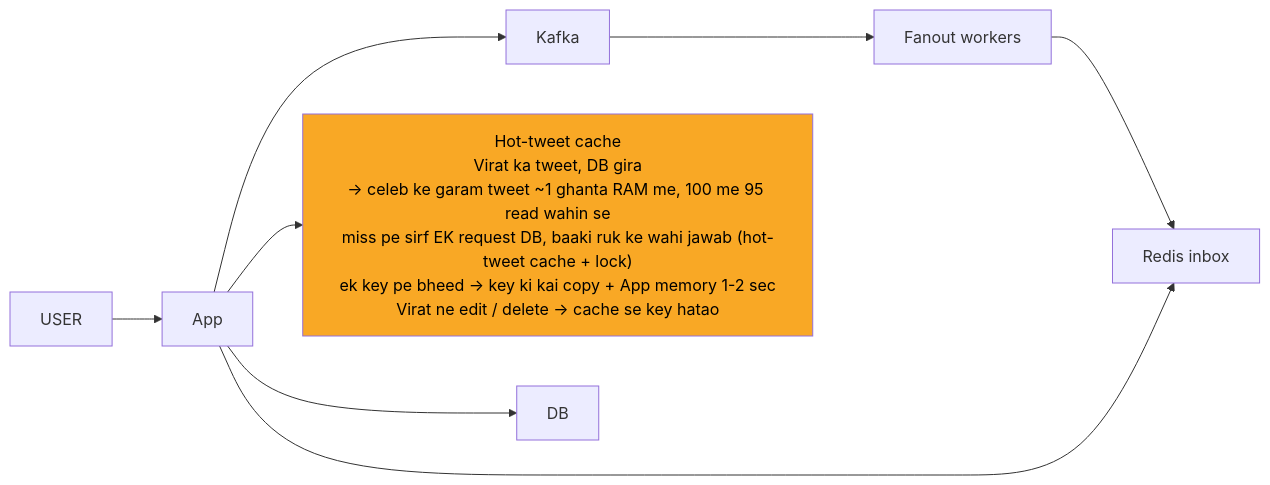
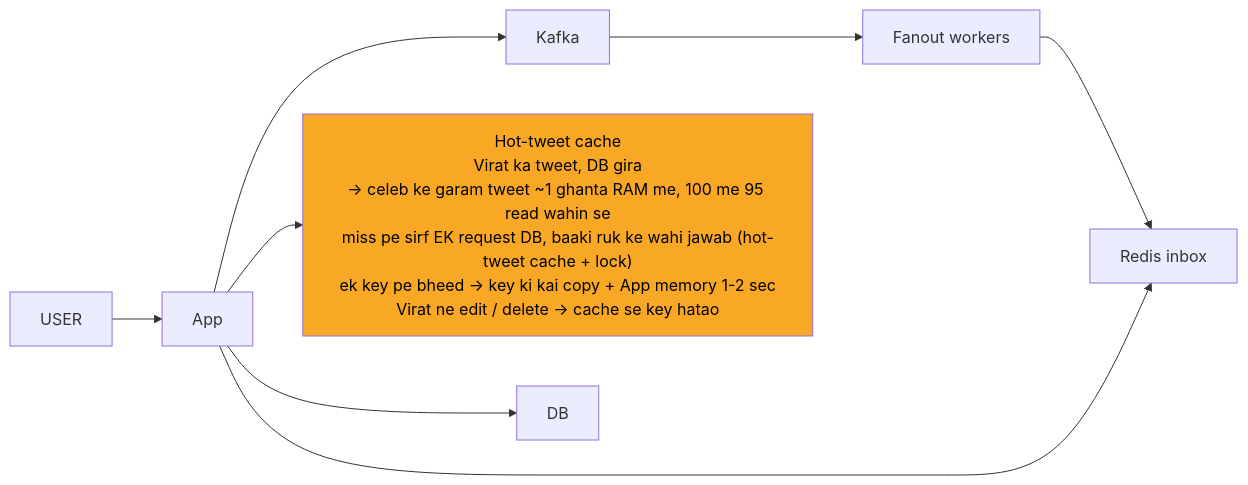
One commit to ArpanMaheshwari144/Prep changed the fifth of 12 diagrams in 04_HLD/SYSTEM_DESIGNS/03_twitter_feed/03_twitter_feed.md. Above: the diagram before and after it, drawn with Mermaid. The commit also changed other lines of this file and 182 other files, not shown here.

Commit message:
hld 14 file: har diagram mermaid-cli se SVG image (source details me), n_pad hataya, render tool 04_HLD/tools

````diff
--- a/04_HLD/SYSTEM_DESIGNS/03_twitter_feed/03_twitter_feed.md
+++ b/04_HLD/SYSTEM_DESIGNS/03_twitter_feed/03_twitter_feed.md
@@ -243,22 +263,19 @@
 ```mermaid
 %%{init: {"flowchart": {"wrappingWidth": 450}}}%%
 flowchart LR
     n_USER["USER"]
     n_App["App"]
     n_Kafka["Kafka"]
     n_Fanout_workers["Fanout workers"]
     n_Redis_inbox["Redis inbox"]
     n_Hot_tweet_cache["Hot-tweet cache<br/>Virat ka tweet, DB gira<br/>-> celeb ke garam tweet ~1 ghanta RAM me, 100 me 95 read wahin se<br/>miss pe sirf EK request DB, baaki ruk ke wahi jawab (hot-tweet cache + lock)<br/>ek key pe bheed -> key ki kai copy + App memory 1-2 sec<br/>Virat ne edit / delete -> cache se key hatao"]
     n_DB["DB"]
     n_USER --> n_App
     n_App --> n_Kafka
     n_App --> n_Hot_tweet_cache
     n_App --> n_DB
     n_Kafka --> n_Fanout_workers
     n_Fanout_workers --> n_Redis_inbox
     n_App --> n_Redis_inbox
-    n_pad["xxxxxxxxxxxxxxxx"]
-    n_Hot_tweet_cache ~~~ n_pad
     style n_Hot_tweet_cache fill:#f9a825,color:#000
-    style n_pad fill:none,stroke:none,color:#ffffff00
 ```
````
